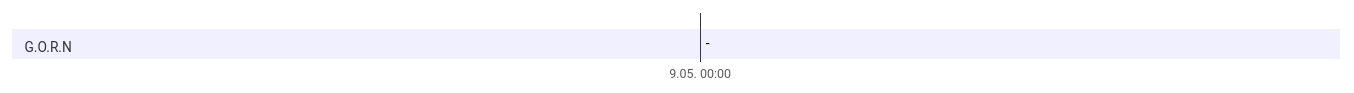
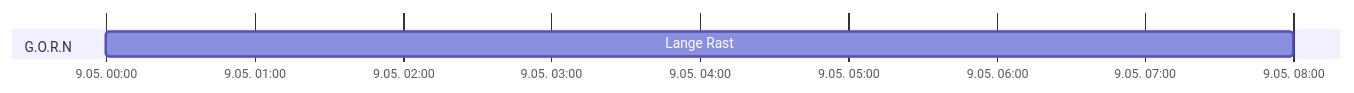
Before and after one commit to LorenJaffrey/DnD_PFT: diagram 16 of 20 in Kampagne/Timeline Kampagne 2.md, drawn with Mermaid. The commit also changed other lines of this file and 3 other files, not shown here.

Commit message:
Timeline Notizen eingeplegt

````diff
--- a/Kampagne/Timeline Kampagne 2.md
+++ b/Kampagne/Timeline Kampagne 2.md
@@ -271,9 +269,9 @@
 ```mermaid
 gantt
 	dateFormat HH:mm
 	axisFormat %e.%m. %H:%M
 	tickinterval 1hour
 	weekday monday
 	section G.O.R.N
-		-: a1, 2024-05-09 00:00, 
+		Lange Rast: a1, 2024-05-09 00:00, 8h
 ```
````
